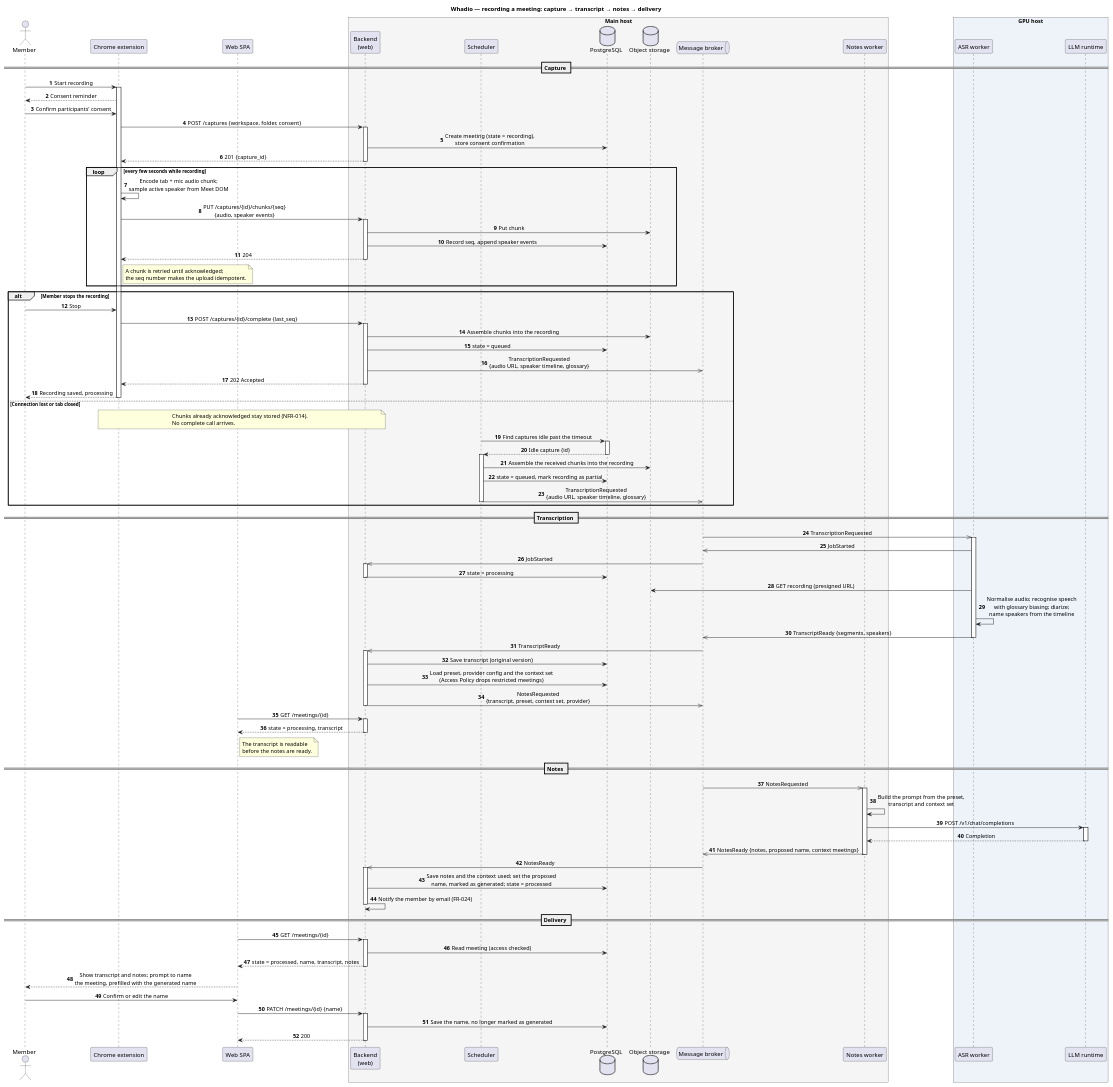
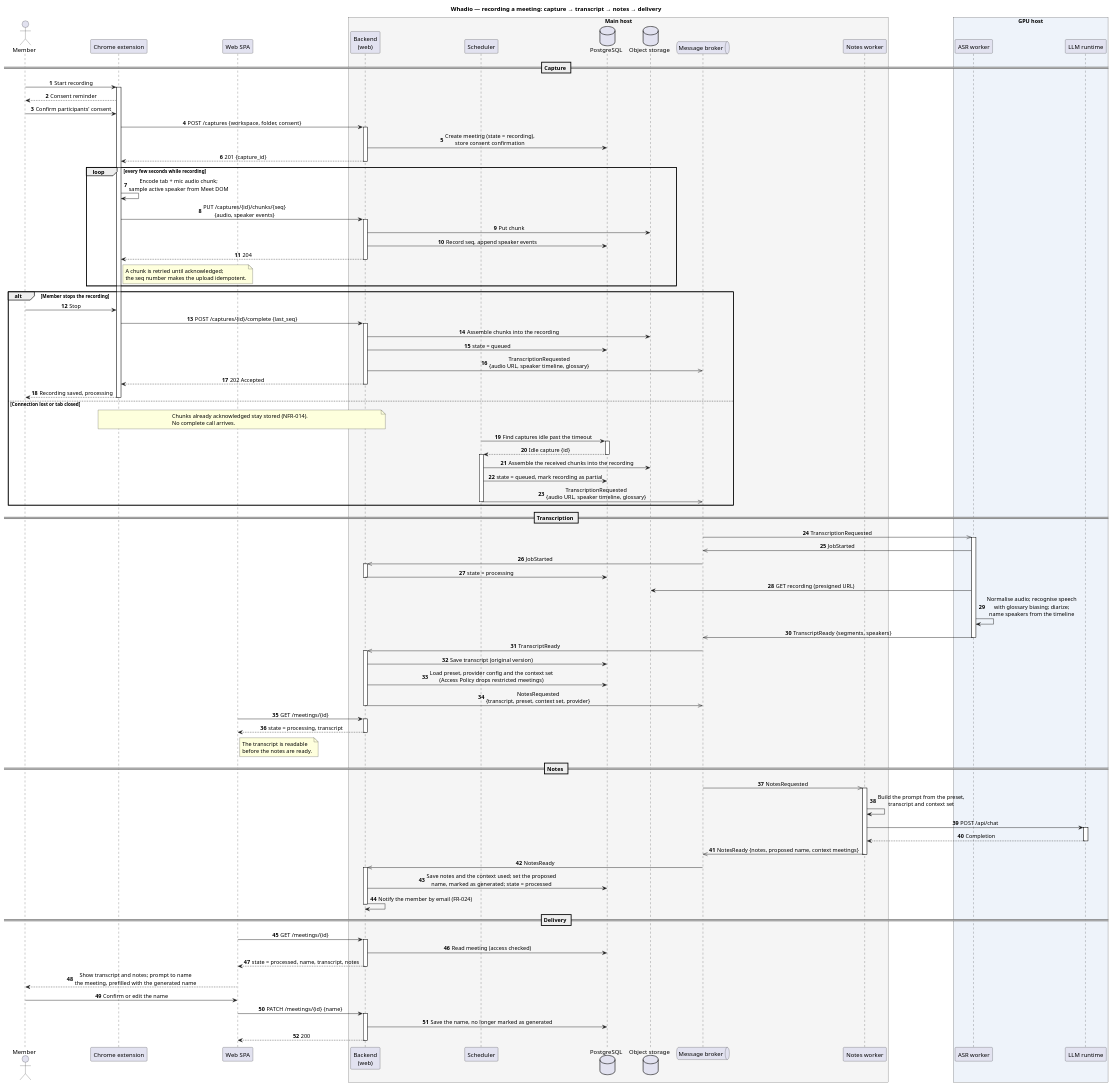
The diagram in docs/architecture/uml/sequence-meeting-pipeline.puml (ukma-fin-ssdm-2026/Whadio), drawn with PlantUML before and after one commit. The commit also changed 6 other files, not shown here.

First line of the commit message:
docs(#86): show Ollama as the LLM runtime in the design and diagrams

```diff
--- a/docs/architecture/uml/sequence-meeting-pipeline.puml
+++ b/docs/architecture/uml/sequence-meeting-pipeline.puml
@@ -1,112 +1,112 @@
 @startuml sequence-meeting-pipeline
 title Whadio — recording a meeting: capture → transcript → notes → delivery
 
 skinparam sequenceMessageAlign center
 skinparam responseMessageBelowArrow true
 autonumber
 
 actor "Member" as user
 participant "Chrome extension" as ext
 participant "Web SPA" as spa
 
 box "Main host" #F5F5F5
   participant "Backend\n(web)" as web
   participant "Scheduler" as scheduler
   database "PostgreSQL" as db
   database "Object storage" as store
   queue "Message broker" as mq
   participant "Notes worker" as notes
 end box
 
 box "GPU host" #EEF3FA
   participant "ASR worker" as asr
   participant "LLM runtime" as llm
 end box
 
 == Capture ==
 
 user -> ext ++ : Start recording
 ext --> user : Consent reminder
 user -> ext : Confirm participants' consent
 ext -> web ++ : POST /captures {workspace, folder, consent}
 web -> db : Create meeting (state = recording),\nstore consent confirmation
 web --> ext -- : 201 {capture_id}
 
 loop every few seconds while recording
   ext -> ext : Encode tab + mic audio chunk;\nsample active speaker from Meet DOM
   ext -> web ++ : PUT /captures/{id}/chunks/{seq}\n{audio, speaker events}
   web -> store : Put chunk
   web -> db : Record seq, append speaker events
   web --> ext -- : 204
   note right of ext
     A chunk is retried until acknowledged;
     the seq number makes the upload idempotent.
   end note
 end
 
 alt Member stops the recording
   user -> ext : Stop
   ext -> web ++ : POST /captures/{id}/complete {last_seq}
   web -> store : Assemble chunks into the recording
   web -> db : state = queued
   web ->> mq : TranscriptionRequested\n{audio URL, speaker timeline, glossary}
   web --> ext -- : 202 Accepted
   ext --> user -- : Recording saved, processing
 else Connection lost or tab closed
   note over ext, web
     Chunks already acknowledged stay stored (NFR-014).
     No complete call arrives.
   end note
   scheduler -> db ++ : Find captures idle past the timeout
   db --> scheduler -- : Idle capture {id}
   activate scheduler
   scheduler -> store : Assemble the received chunks into the recording
   scheduler -> db : state = queued, mark recording as partial
   scheduler ->> mq : TranscriptionRequested\n{audio URL, speaker timeline, glossary}
   deactivate scheduler
 end
 
 == Transcription ==
 
 mq ->> asr ++ : TranscriptionRequested
 asr ->> mq : JobStarted
 mq ->> web ++ : JobStarted
 web -> db -- : state = processing
 asr -> store : GET recording (presigned URL)
 asr -> asr : Normalise audio; recognise speech\nwith glossary biasing; diarize;\nname speakers from the timeline
 asr ->> mq -- : TranscriptReady {segments, speakers}
 mq ->> web ++ : TranscriptReady
 web -> db : Save transcript (original version)
 web -> db : Load preset, provider config and the context set\n(Access Policy drops restricted meetings)
 web ->> mq -- : NotesRequested\n{transcript, preset, context set, provider}
 
 spa -> web ++ : GET /meetings/{id}
 web --> spa -- : state = processing, transcript
 note right of spa
   The transcript is readable
   before the notes are ready.
 end note
 
 == Notes ==
 
 mq ->> notes ++ : NotesRequested
 notes -> notes : Build the prompt from the preset,\ntranscript and context set
-notes -> llm ++ : POST /v1/chat/completions
+notes -> llm ++ : POST /api/chat
 llm --> notes -- : Completion
 notes ->> mq -- : NotesReady {notes, proposed name, context meetings}
 mq ->> web ++ : NotesReady
 web -> db : Save notes and the context used; set the proposed\nname, marked as generated; state = processed
 web -> web : Notify the member by email (FR-024)
 deactivate web
 
 == Delivery ==
 
 spa -> web ++ : GET /meetings/{id}
 web -> db : Read meeting (access checked)
 web --> spa -- : state = processed, name, transcript, notes
 spa --> user : Show transcript and notes; prompt to name\nthe meeting, prefilled with the generated name
 user -> spa : Confirm or edit the name
 spa -> web ++ : PATCH /meetings/{id} {name}
 web -> db : Save the name, no longer marked as generated
 web --> spa -- : 200
 @enduml
```
